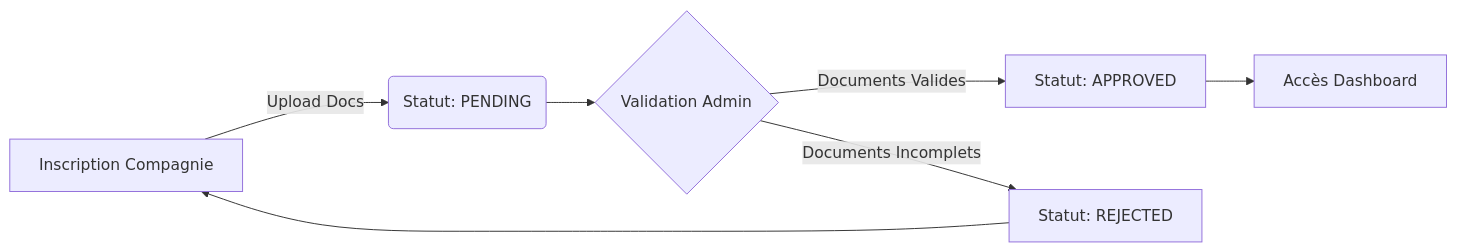
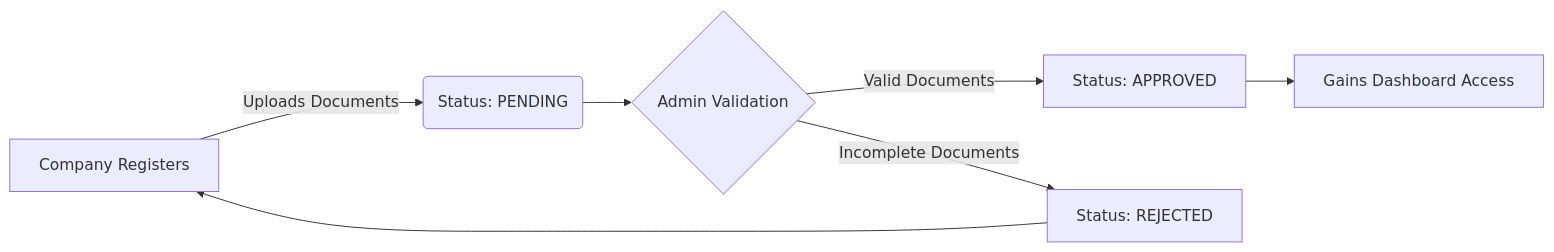
One commit to WistantKode/TravelBJ changed the third of 3 diagrams in README.md. Above: the diagram before and after it, drawn with Mermaid. The commit also changed other lines of this file, not shown here.

````diff
--- a/README.md
+++ b/README.md
@@ -124,9 +126,9 @@
 ```mermaid
 graph LR
-    A[Inscription Compagnie] -->|Upload Docs| B(Statut: PENDING)
-    B --> C{Validation Admin}
-    C -->|Documents Valides| D[Statut: APPROVED]
-    C -->|Documents Incomplets| E[Statut: REJECTED]
-    D --> F[Accès Dashboard]
+    A[Company Registers] -->|Uploads Documents| B(Status: PENDING)
+    B --> C{Admin Validation}
+    C -->|Valid Documents| D[Status: APPROVED]
+    C -->|Incomplete Documents| E[Status: REJECTED]
+    D --> F[Gains Dashboard Access]
     E --> A
 ```
````
